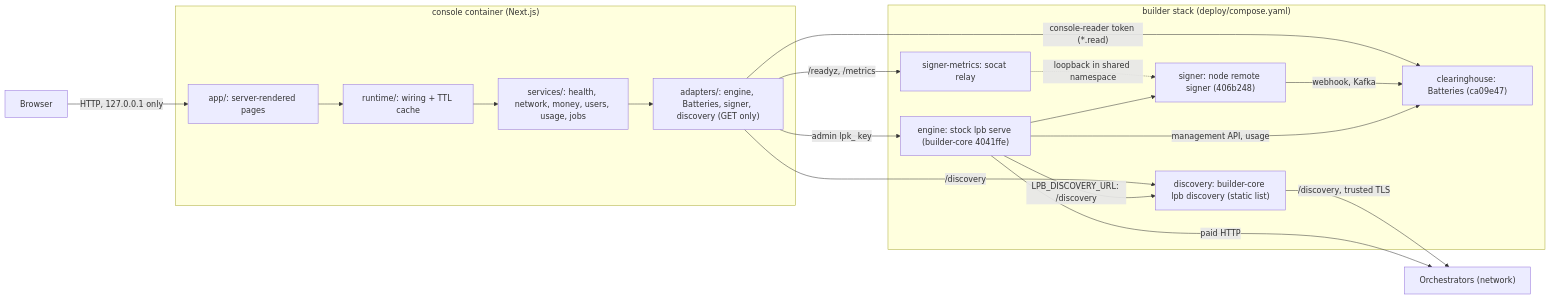
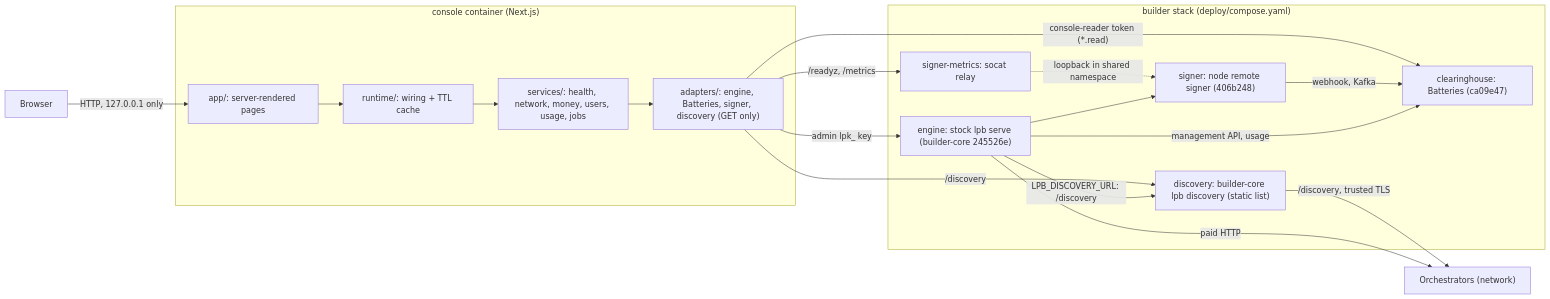
Before and after one commit to NE-Build-Track/builder-core-console: the first of 2 diagrams in ARCHITECTURE.md, drawn with Mermaid. The commit also changed 15 other files, not shown here.

First line of the commit message:
Re-pin to builder-core 245526e (D48): the actor list names people who signed in

````diff
--- a/ARCHITECTURE.md
+++ b/ARCHITECTURE.md
@@ -9,27 +9,27 @@
 ```mermaid
 flowchart LR
     Browser["Browser"]
     subgraph Console["console container (Next.js)"]
         Pages["app/: server-rendered pages"]
         RT["runtime/: wiring + TTL cache"]
         SVC["services/: health, network, money, users, usage, jobs"]
         AD["adapters/: engine, Batteries, signer, discovery (GET only)"]
     end
     subgraph Stack["builder stack (deploy/compose.yaml)"]
-        Engine["engine: stock lpb serve (builder-core 4041ffe)"]
+        Engine["engine: stock lpb serve (builder-core 245526e)"]
         Bat["clearinghouse: Batteries (ca09e47)"]
         Signer["signer: node remote signer (406b248)"]
         Relay["signer-metrics: socat relay"]
         Disc["discovery: builder-core lpb discovery (static list)"]
     end
     Orch["Orchestrators (network)"]
     Browser -->|"HTTP, 127.0.0.1 only"| Pages --> RT --> SVC --> AD
     AD -->|"admin lpk_ key"| Engine
     AD -->|"console-reader token (*.read)"| Bat
     AD -->|"/discovery"| Disc
     AD -->|"/readyz, /metrics"| Relay -.->|"loopback in shared namespace"| Signer
     Engine --> Signer -->|"webhook, Kafka"| Bat
     Engine -->|"LPB_DISCOVERY_URL: /discovery"| Disc -->|"/discovery, trusted TLS"| Orch
     Engine -->|"paid HTTP"| Orch
     Engine -->|"management API, usage"| Bat
 ```
````
